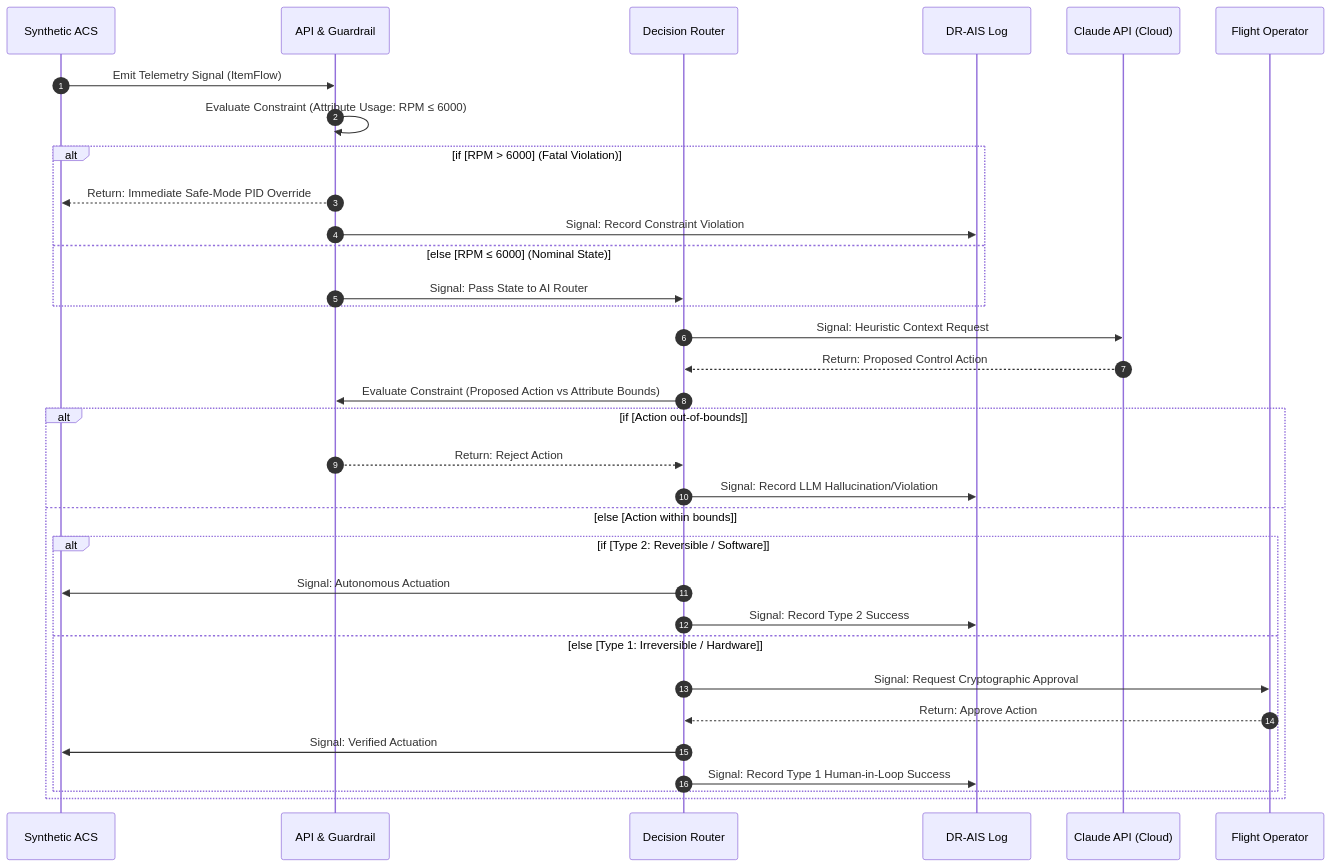
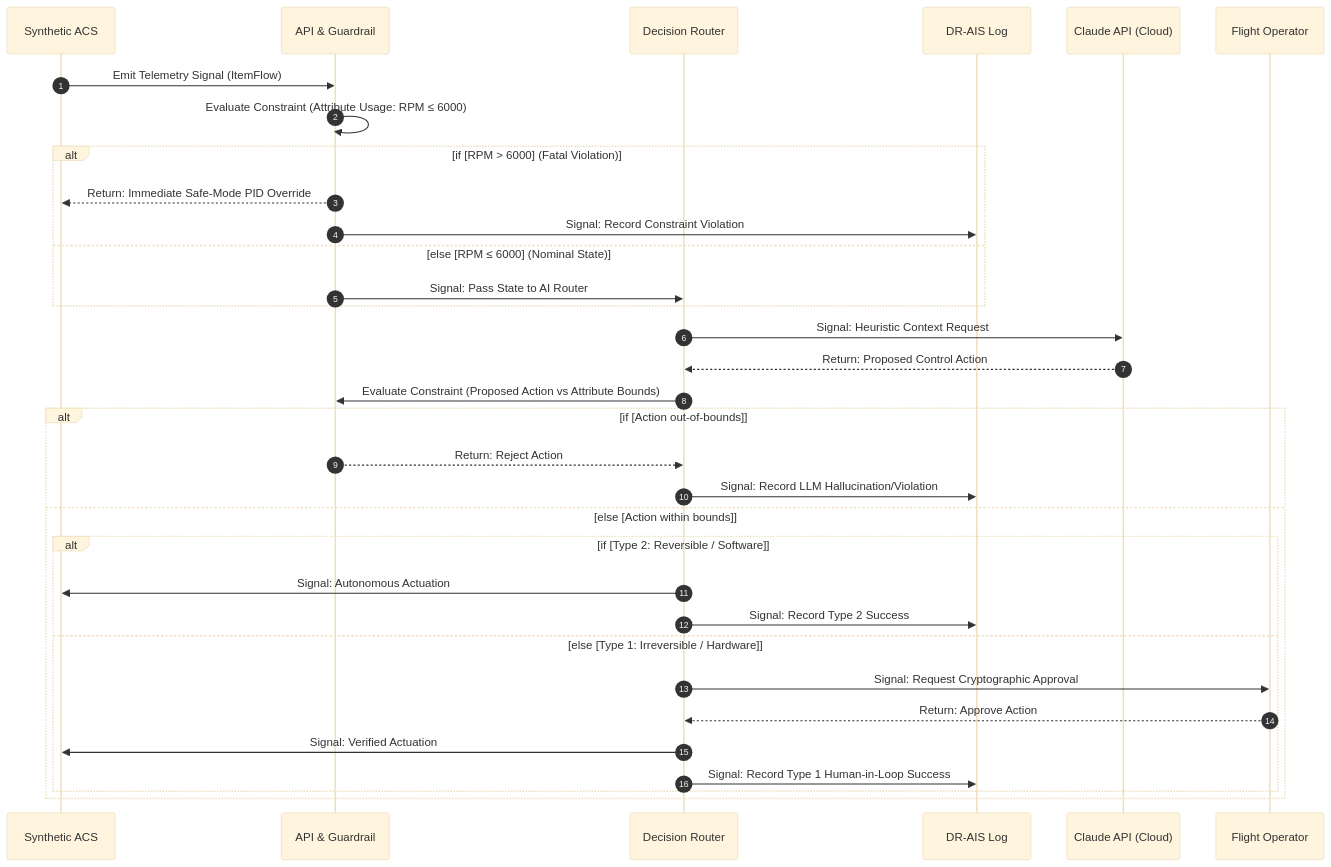
Before and after one commit to camirian/safe-acs: the third of 4 diagrams in ARCHITECTURE.md, drawn with Mermaid.

Commit message:
docs: fix mermaid init syntax to correctly override alt border and background themes

````diff
--- a/ARCHITECTURE.md
+++ b/ARCHITECTURE.md
@@ -87,42 +87,42 @@
 ```mermaid
-%%{init: { 'themeVariables': { 'altBackground': 'rgba(200, 200, 200, 0.2)', 'altBorder': '#4a4a4a'}}}%%
+%%{init: {'theme': 'base', 'themeVariables': { 'altBackground': '#e0e0e0', 'altBorder': '#333333'}}}%%
 sequenceDiagram
     autonumber
     
     participant Sim as Synthetic ACS
     participant Edge as API & Guardrail
     participant Router as Decision Router
     participant Log as DR-AIS Log
     participant Claude as Claude API (Cloud)
     participant Human as Flight Operator
     
     Sim->>Edge: Emit Telemetry Signal (ItemFlow)
     Edge->>Edge: Evaluate Constraint (Attribute Usage: RPM ≤ 6000)
     
     alt if [RPM > 6000] (Fatal Violation)
         Edge-->>Sim: Return: Immediate Safe-Mode PID Override
         Edge->>Log: Signal: Record Constraint Violation
     else else [RPM ≤ 6000] (Nominal State)
         Edge->>Router: Signal: Pass State to AI Router
     end
     
     Router->>Claude: Signal: Heuristic Context Request
     Claude-->>Router: Return: Proposed Control Action
     
     Router->>Edge: Evaluate Constraint (Proposed Action vs Attribute Bounds)
     
     alt if [Action out-of-bounds]
         Edge-->>Router: Return: Reject Action
         Router->>Log: Signal: Record LLM Hallucination/Violation
     else else [Action within bounds]
         alt if [Type 2: Reversible / Software]
             Router->>Sim: Signal: Autonomous Actuation
             Router->>Log: Signal: Record Type 2 Success
         else else [Type 1: Irreversible / Hardware]
             Router->>Human: Signal: Request Cryptographic Approval
             Human-->>Router: Return: Approve Action
             Router->>Sim: Signal: Verified Actuation
             Router->>Log: Signal: Record Type 1 Human-in-Loop Success
         end
     end
 ```
````
